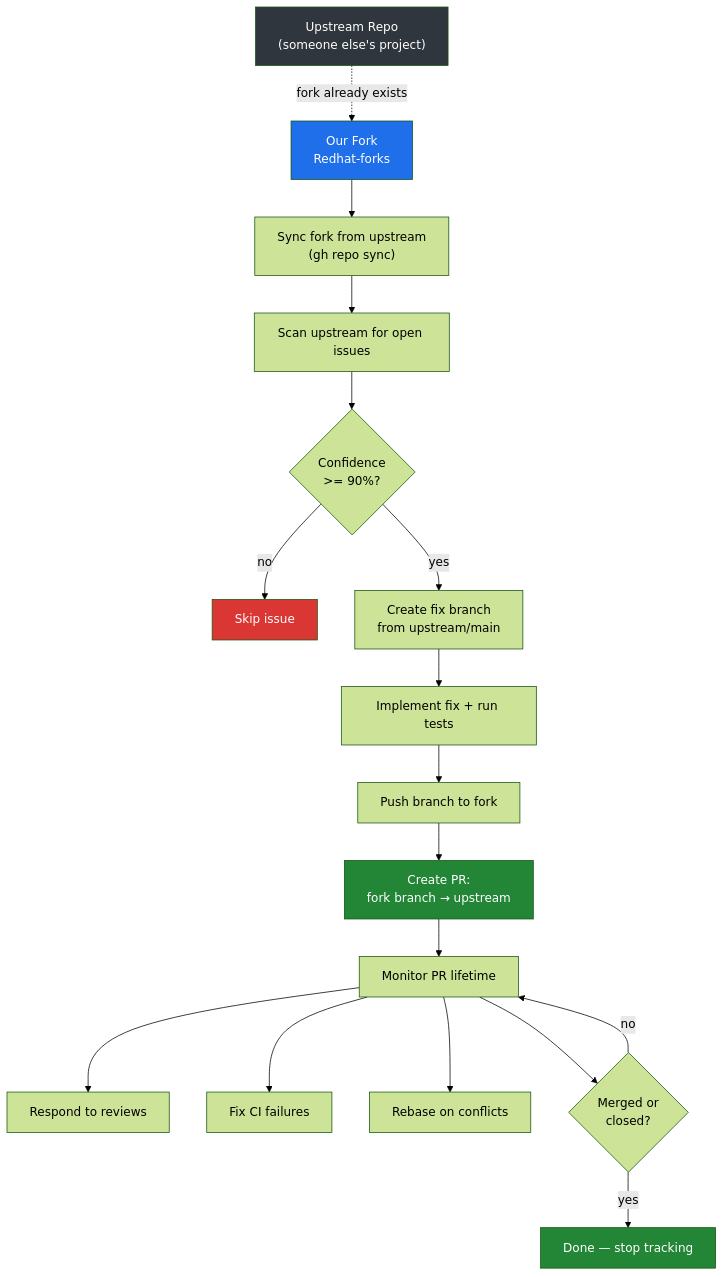
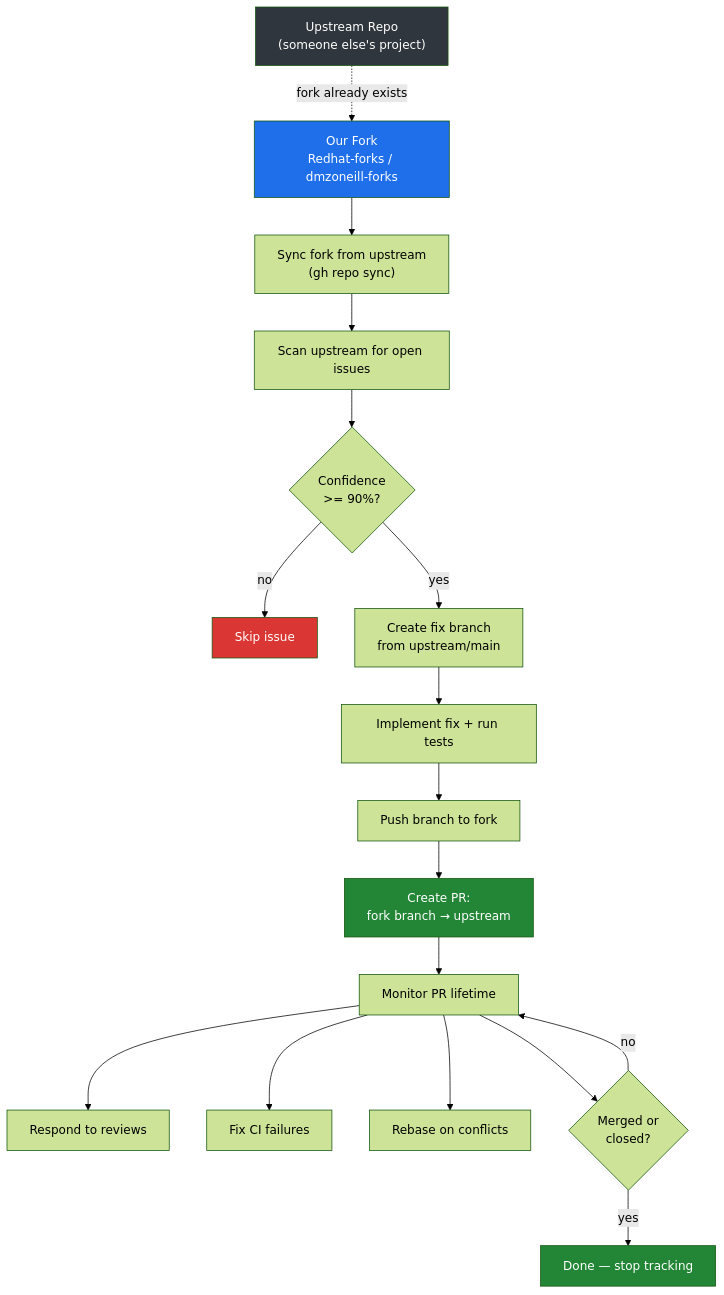
Before and after one commit to dmzoneill/github-ai-contributor: the first of 3 diagrams in README.md, drawn with Mermaid (forest theme). The commit also changed other lines of this file and 3 other files, not shown here.

First line of the commit message:
feat: add separate workflow for dmzoneill-forks

````diff
--- a/README.md
+++ b/README.md
@@ -9,24 +9,24 @@
 ```mermaid
 flowchart TD
-    U["Upstream Repo<br/>(someone else's project)"] -.->|fork already exists| F["Our Fork<br/>Redhat-forks"]
+    U["Upstream Repo<br/>(someone else's project)"] -.->|fork already exists| F["Our Fork<br/>Redhat-forks / dmzoneill-forks"]
     F --> S["Sync fork from upstream<br/>(gh repo sync)"]
     S --> SC["Scan upstream for open issues"]
     SC --> AS{"Confidence<br/>>= 90%?"}
     AS -->|no| SK["Skip issue"]
     AS -->|yes| BR["Create fix branch<br/>from upstream/main"]
     BR --> FX["Implement fix + run tests"]
     FX --> PS["Push branch to fork"]
     PS --> PR["Create PR:<br/>fork branch → upstream"]
     PR --> MN["Monitor PR lifetime"]
     MN --> RV["Respond to reviews"]
     MN --> CI["Fix CI failures"]
     MN --> RB["Rebase on conflicts"]
     MN --> DN{"Merged or<br/>closed?"}
     DN -->|yes| DONE["Done — stop tracking"]
     DN -->|no| MN
     style U fill:#30363d,color:#fff
     style F fill:#1f6feb,color:#fff
     style PR fill:#238636,color:#fff
     style DONE fill:#238636,color:#fff
     style SK fill:#da3633,color:#fff
 ```
````
